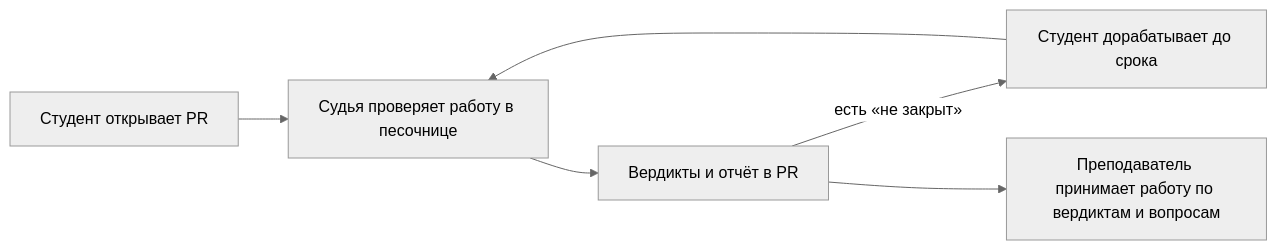
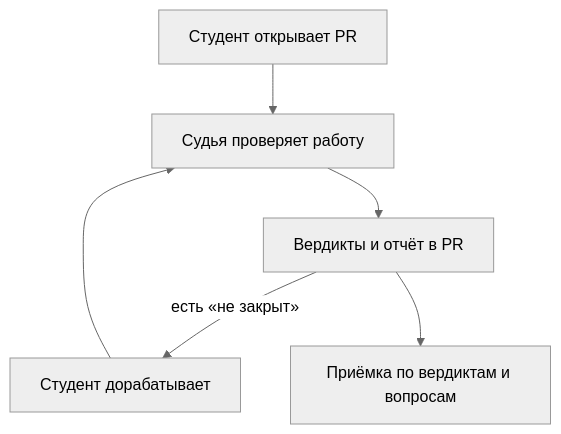
One commit to ChS23/mlsd-judge changed the second of 4 diagrams in docs/ml_system_design_doc.md. Above: the diagram before and after it, drawn with Mermaid (neutral theme). The commit also changed other lines of this file, not shown here.

First line of the commit message:
docs: схемы и таблица ФТ читаются на GitHub

````diff
--- a/docs/ml_system_design_doc.md
+++ b/docs/ml_system_design_doc.md
@@ -164,9 +165,8 @@
 ```mermaid
-%%{init: {"flowchart": {"wrappingWidth": 200}}}%%
-flowchart LR
-    A[Студент открывает PR] --> B[Судья проверяет работу в песочнице]
+flowchart TB
+    A[Студент открывает PR] --> B[Судья проверяет работу]
     B --> C[Вердикты и отчёт в PR]
-    C -->|есть «не закрыт»| D[Студент дорабатывает до срока]
+    C -->|есть «не закрыт»| D[Студент дорабатывает]
     D --> B
-    C --> E[Преподаватель принимает работу по вердиктам и вопросам]
+    C --> E[Приёмка по вердиктам и вопросам]
 ```
````
